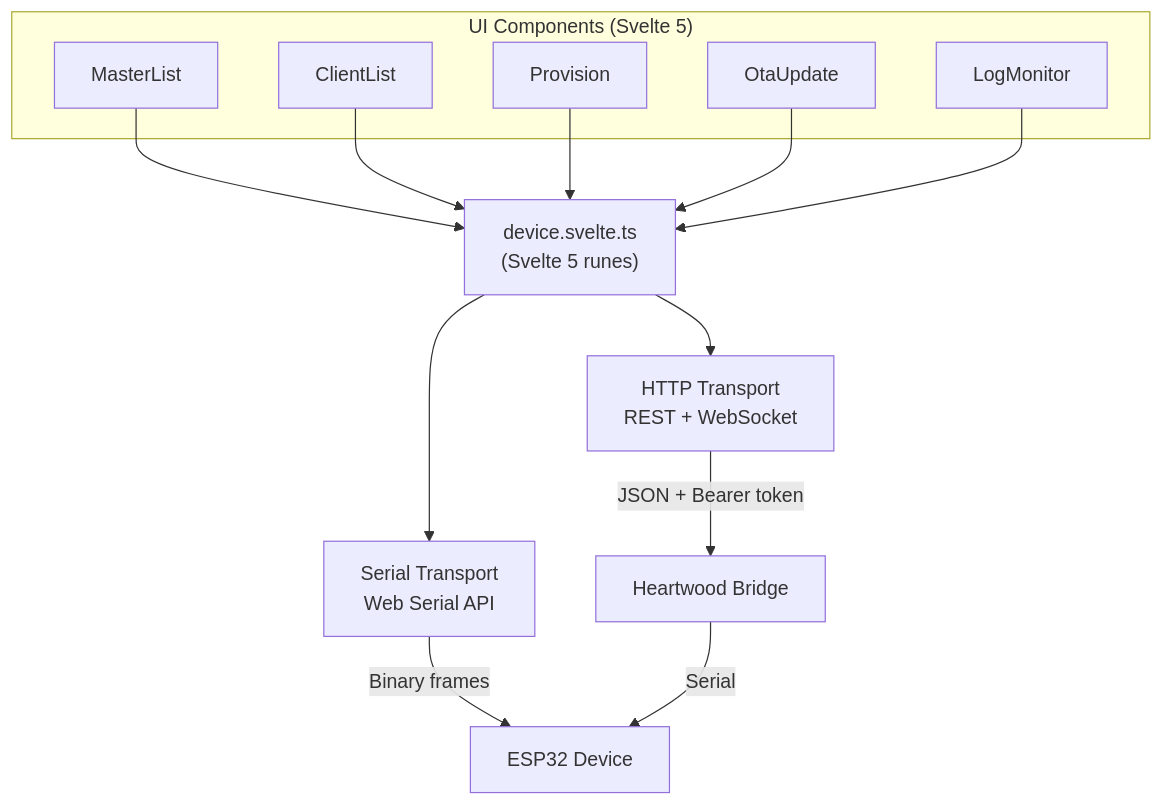
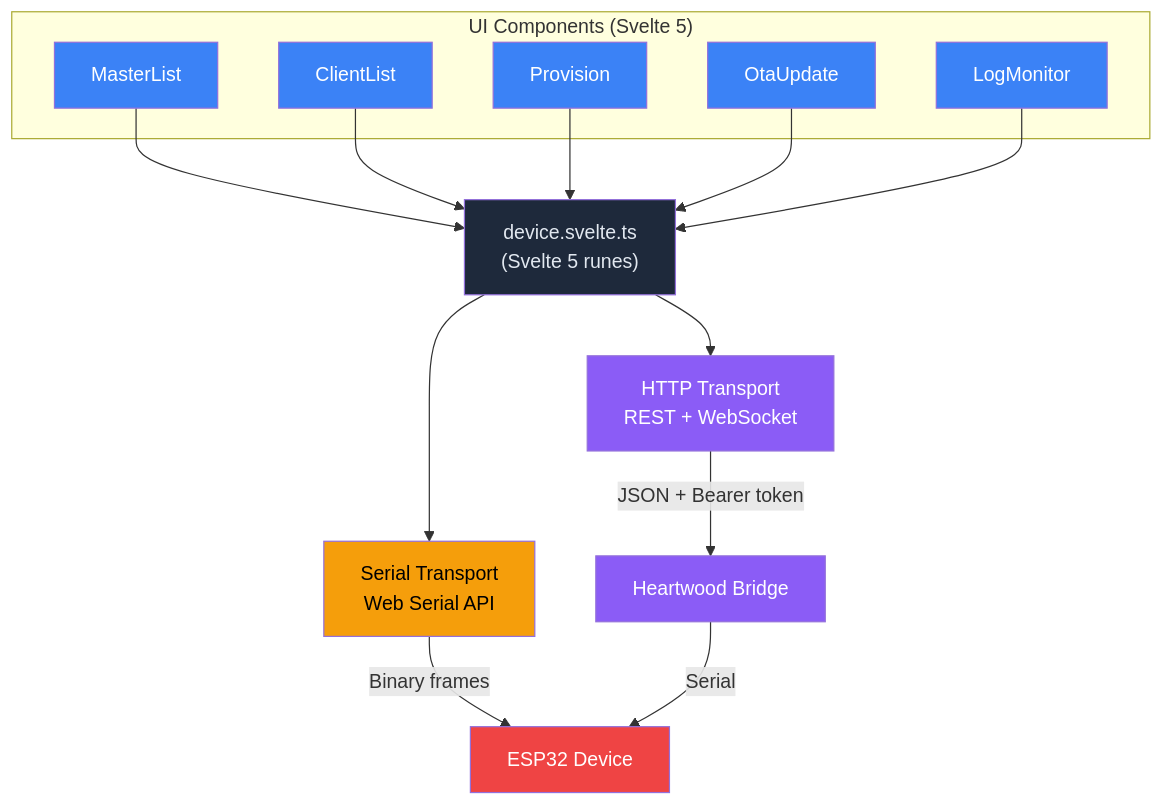
One commit to forgesworn/sapwood changed the first of 2 diagrams in ARCHITECTURE.md. Above: the diagram before and after it, drawn with Mermaid.

Commit message:
style: apply ForgeSworn colour palette to transport diagram

````diff
--- a/ARCHITECTURE.md
+++ b/ARCHITECTURE.md
@@ -11,25 +11,36 @@
 ```mermaid
 graph TB
     subgraph "UI Components (Svelte 5)"
         ML["MasterList"]
         CL["ClientList"]
         PR["Provision"]
         OTA["OtaUpdate"]
         LOG["LogMonitor"]
     end
 
     STATE["device.svelte.ts<br/>(Svelte 5 runes)"]
 
     ML --> STATE
     CL --> STATE
     PR --> STATE
     OTA --> STATE
     LOG --> STATE
 
     STATE --> SER["Serial Transport<br/>Web Serial API"]
     STATE --> HTTP["HTTP Transport<br/>REST + WebSocket"]
 
     SER -->|"Binary frames"| ESP["ESP32 Device"]
     HTTP -->|"JSON + Bearer token"| BRIDGE["Heartwood Bridge"]
     BRIDGE -->|"Serial"| ESP
+
+    style ML fill:#3b82f6,color:#fff
+    style CL fill:#3b82f6,color:#fff
+    style PR fill:#3b82f6,color:#fff
+    style OTA fill:#3b82f6,color:#fff
+    style LOG fill:#3b82f6,color:#fff
+    style STATE fill:#1e293b,color:#e2e8f0
+    style SER fill:#f59e0b,color:#000
+    style HTTP fill:#8b5cf6,color:#fff
+    style ESP fill:#ef4444,color:#fff
+    style BRIDGE fill:#8b5cf6,color:#fff
 ```
````
